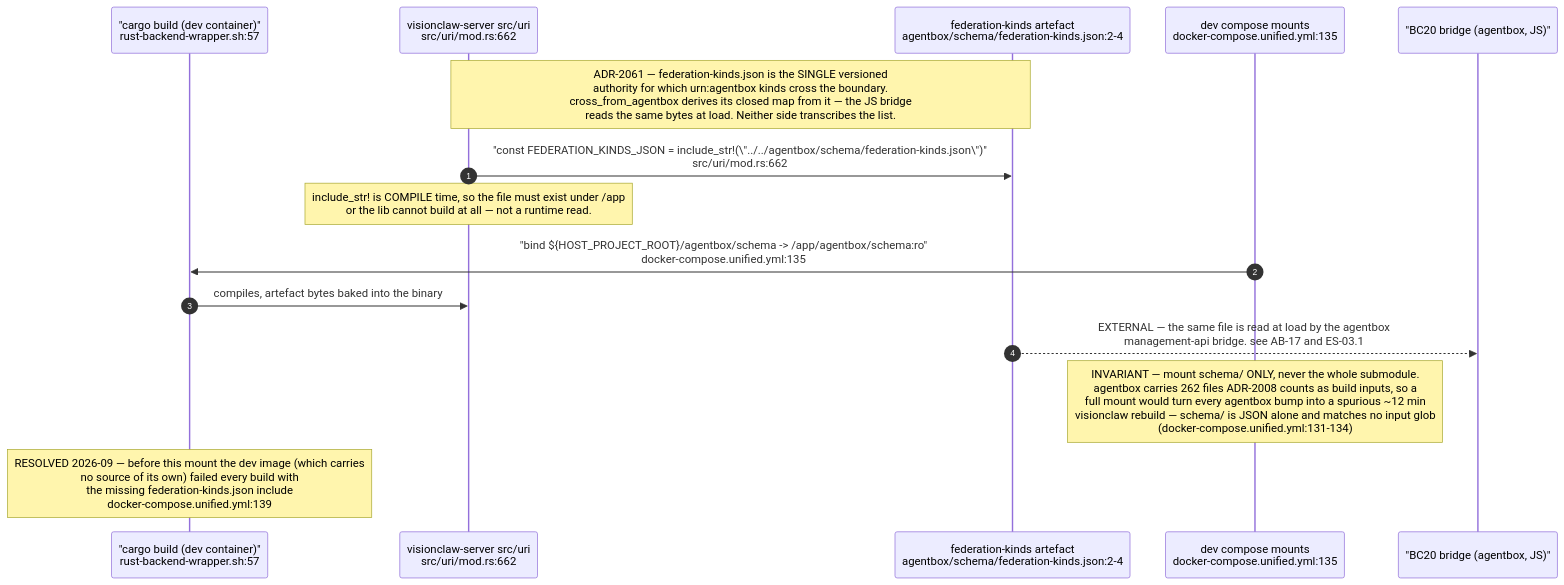
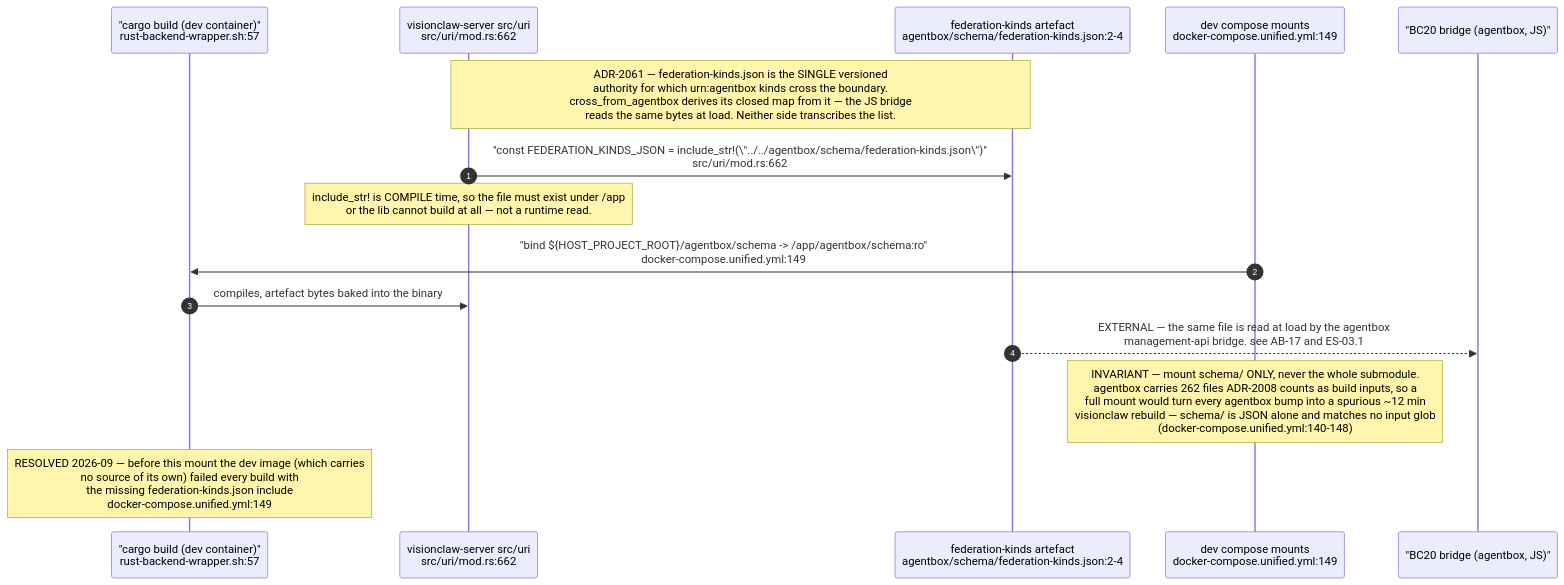
Diagram 20 of 23 in docs/diagrams/estate/09-build-deploy-and-ci-estate.md (DreamLab-AI/VisionFlow), drawn with Mermaid before and after one commit. The commit also changed other lines of this file and 136 other files, not shown here.

First line of the commit message:
docs(diagrams): refresh the whole corpus to code HEAD and prune low-value diagrams

````diff
--- a/docs/diagrams/estate/09-build-deploy-and-ci-estate.md
+++ b/docs/diagrams/estate/09-build-deploy-and-ci-estate.md
@@ -634,18 +632,18 @@
 ```mermaid
 sequenceDiagram
     autonumber
     participant CB as "cargo build (dev container)"<br/>rust-backend-wrapper.sh:57
     participant URI as visionclaw-server src/uri<br/>src/uri/mod.rs:662
     participant FK as federation-kinds artefact<br/>agentbox/schema/federation-kinds.json:2-4
-    participant CMP as dev compose mounts<br/>docker-compose.unified.yml:135
+    participant CMP as dev compose mounts<br/>docker-compose.unified.yml:149
     participant BR as "BC20 bridge (agentbox, JS)"
 
     Note over URI,FK: ADR-2061 — federation-kinds.json is the SINGLE versioned<br/>authority for which urn:agentbox kinds cross the boundary.<br/>cross_from_agentbox derives its closed map from it — the JS bridge<br/>reads the same bytes at load. Neither side transcribes the list.
     URI->>FK: "const FEDERATION_KINDS_JSON = include_str!(\"../../agentbox/schema/federation-kinds.json\")"<br/>src/uri/mod.rs:662
     Note over URI: include_str! is COMPILE time, so the file must exist under /app<br/>or the lib cannot build at all — not a runtime read.
-    CMP->>CB: "bind ${HOST_PROJECT_ROOT}/agentbox/schema -> /app/agentbox/schema:ro"<br/>docker-compose.unified.yml:135
+    CMP->>CB: "bind ${HOST_PROJECT_ROOT}/agentbox/schema -> /app/agentbox/schema:ro"<br/>docker-compose.unified.yml:149
     CB->>URI: compiles, artefact bytes baked into the binary
     FK-->>BR: EXTERNAL — the same file is read at load by the agentbox<br/>management-api bridge. see AB-17 and ES-03.1
-    Note over CMP: INVARIANT — mount schema/ ONLY, never the whole submodule.<br/>agentbox carries 262 files ADR-2008 counts as build inputs, so a<br/>full mount would turn every agentbox bump into a spurious ~12 min<br/>visionclaw rebuild — schema/ is JSON alone and matches no input glob<br/>(docker-compose.unified.yml:131-134)
-    Note over CB: RESOLVED 2026-09 — before this mount the dev image (which carries<br/>no source of its own) failed every build with<br/>the missing federation-kinds.json include<br/>docker-compose.unified.yml:139
+    Note over CMP: INVARIANT — mount schema/ ONLY, never the whole submodule.<br/>agentbox carries 262 files ADR-2008 counts as build inputs, so a<br/>full mount would turn every agentbox bump into a spurious ~12 min<br/>visionclaw rebuild — schema/ is JSON alone and matches no input glob<br/>(docker-compose.unified.yml:140-148)
+    Note over CB: RESOLVED 2026-09 — before this mount the dev image (which carries<br/>no source of its own) failed every build with<br/>the missing federation-kinds.json include<br/>docker-compose.unified.yml:149
 ```
````
